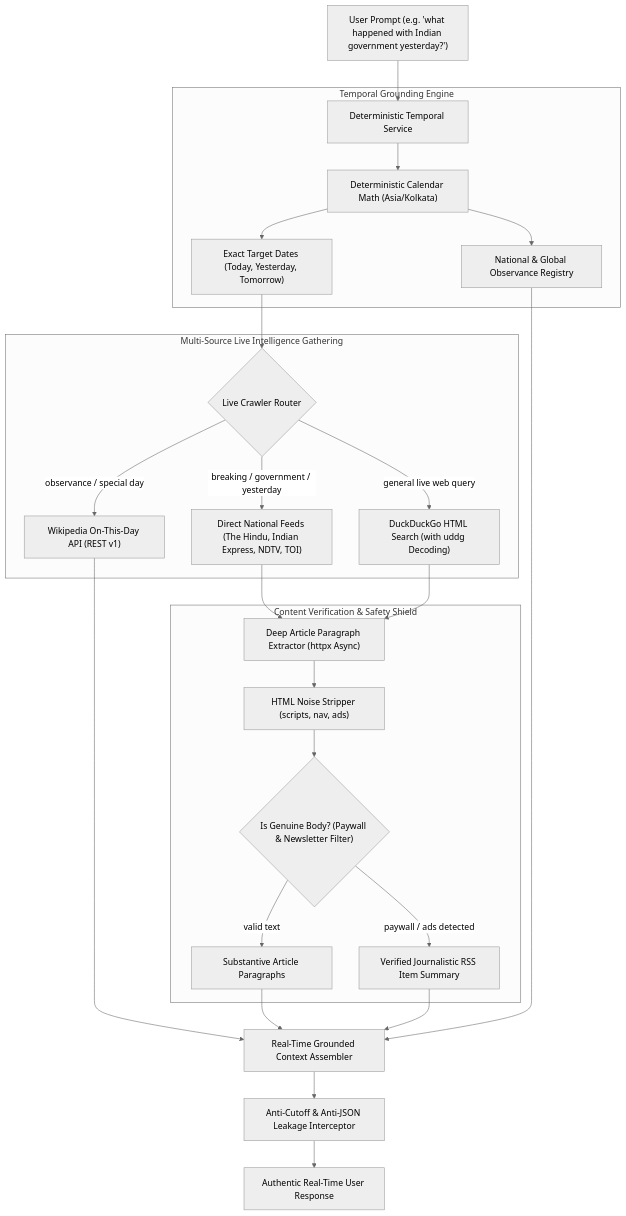
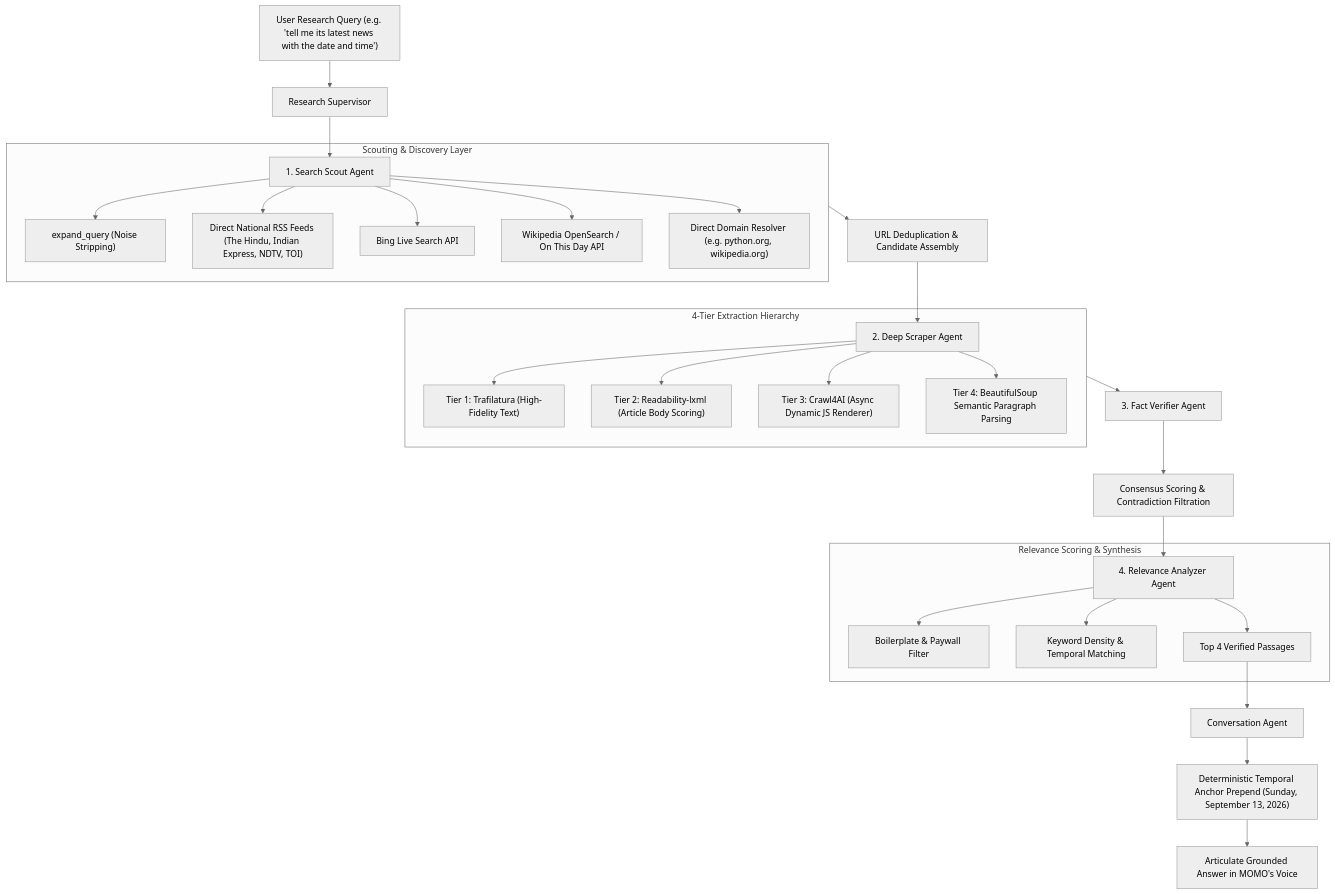
The third of 3 diagrams in README.md (sn740698-cell/Momo_tech), drawn with Mermaid (neutral theme) before and after one commit. The commit also changed other lines of this file and 75 other files, not shown here.

````diff
--- a/README.md
+++ b/README.md
@@ -210,36 +190,37 @@
 ```mermaid
 flowchart TD
-    UserQuery["User Prompt (e.g. 'what happened with Indian government yesterday?')"] --> TemporalService["Deterministic Temporal Service"]
-    
-    subgraph TemporalGrounding ["Temporal Grounding Engine"]
-        TemporalService --> CalMath["Deterministic Calendar Math (Asia/Kolkata)"]
-        CalMath --> DateBound["Exact Target Dates (Today, Yesterday, Tomorrow)"]
-        CalMath --> ObservanceReg["National & Global Observance Registry"]
+    UserQuery["User Research Query (e.g. 'tell me its latest news with the date and time')"] --> ResearchSup["Research Supervisor"]
+    ResearchSup --> SearchScout["1. Search Scout Agent"]
+
+    subgraph MultiAngleScouting ["Scouting & Discovery Layer"]
+        SearchScout --> CleanQuery["expand_query (Noise Stripping)"]
+        SearchScout --> DirectRSS["Direct National RSS Feeds (The Hindu, Indian Express, NDTV, TOI)"]
+        SearchScout --> BingLive["Bing Live Search API"]
+        SearchScout --> WikiAPI["Wikipedia OpenSearch / On This Day API"]
+        SearchScout --> DirectDomain["Direct Domain Resolver (e.g. python.org, wikipedia.org)"]
     end
 
-    DateBound --> CrawlerRouter{"Live Crawler Router"}
+    MultiAngleScouting --> URLDedup["URL Deduplication & Candidate Assembly"]
+    URLDedup --> DeepScraper["2. Deep Scraper Agent"]
 
-    subgraph LiveSources ["Multi-Source Live Intelligence Gathering"]
-        CrawlerRouter -->|observance / special day| WikiAPI["Wikipedia On-This-Day API (REST v1)"]
-        CrawlerRouter -->|breaking / government / yesterday| DirectRSS["Direct National Feeds (The Hindu, Indian Express, NDTV, TOI)"]
-        CrawlerRouter -->|general live web query| DuckSearch["DuckDuckGo HTML Search (with uddg Decoding)"]
+    subgraph ExtractionHierarchy ["4-Tier Extraction Hierarchy"]
+        DeepScraper --> Trafilatura["Tier 1: Trafilatura (High-Fidelity Text)"]
+        DeepScraper --> Readability["Tier 2: Readability-lxml (Article Body Scoring)"]
+        DeepScraper --> Crawl4AI["Tier 3: Crawl4AI (Async Dynamic JS Renderer)"]
+        DeepScraper --> BS4["Tier 4: BeautifulSoup Semantic Paragraph Parsing"]
     end
 
-    DirectRSS --> DeepExtractor["Deep Article Paragraph Extractor (httpx Async)"]
-    DuckSearch --> DeepExtractor
+    ExtractionHierarchy --> FactVerifier["3. Fact Verifier Agent"]
+    FactVerifier --> ConsensusScore["Consensus Scoring & Contradiction Filtration"]
+    ConsensusScore --> RelevanceAnalyzer["4. Relevance Analyzer Agent"]
 
-    subgraph ContentSanitization ["Content Verification & Safety Shield"]
-        DeepExtractor --> CleanTags["HTML Noise Stripper (scripts, nav, ads)"]
-        CleanTags --> PaywallFilter{"Is Genuine Body? (Paywall & Newsletter Filter)"}
-        PaywallFilter -->|valid text| HighQualityBody["Substantive Article Paragraphs"]
-        PaywallFilter -->|paywall / ads detected| FallbackRSS["Verified Journalistic RSS Item Summary"]
+    subgraph RelevanceScoring ["Relevance Scoring & Synthesis"]
+        RelevanceAnalyzer --> CleanNoise["Boilerplate & Paywall Filter"]
+        RelevanceAnalyzer --> DensityScore["Keyword Density & Temporal Matching"]
+        RelevanceAnalyzer --> TopPassages["Top 4 Verified Passages"]
     end
 
-    WikiAPI --> ContextAssembler["Real-Time Grounded Context Assembler"]
-    HighQualityBody --> ContextAssembler
-    FallbackRSS --> ContextAssembler
-    ObservanceReg --> ContextAssembler
-
-    ContextAssembler --> AntiCutoffShield["Anti-Cutoff & Anti-JSON Leakage Interceptor"]
-    AntiCutoffShield --> AgentResponse["Authentic Real-Time User Response"]
+    TopPassages --> ConvAgent["Conversation Agent"]
+    ConvAgent --> TemporalPrepend["Deterministic Temporal Anchor Prepend (Sunday, September 13, 2026)"]
+    TemporalPrepend --> FinalAnswer["Articulate Grounded Answer in MOMO's Voice"]
 ```
````
